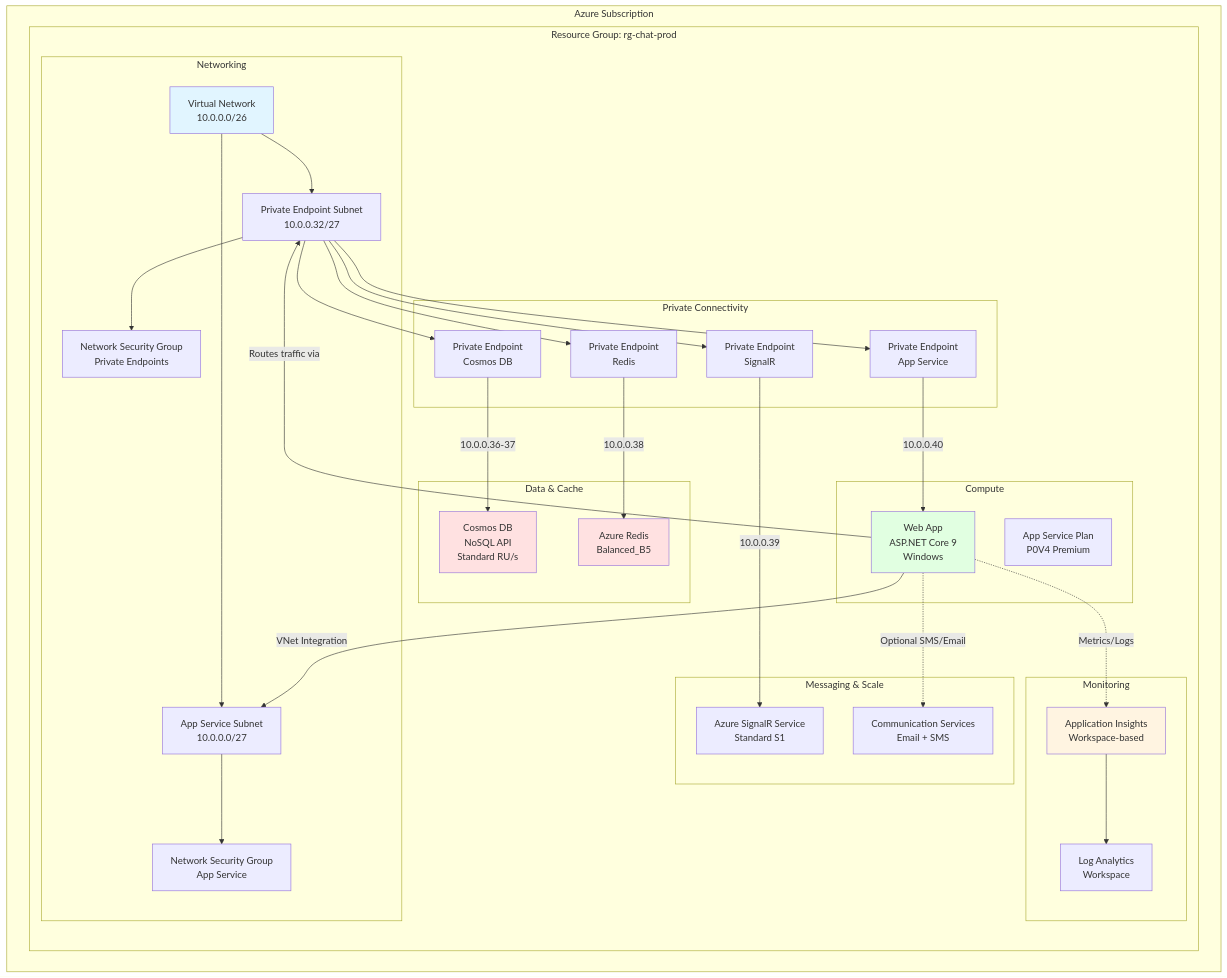
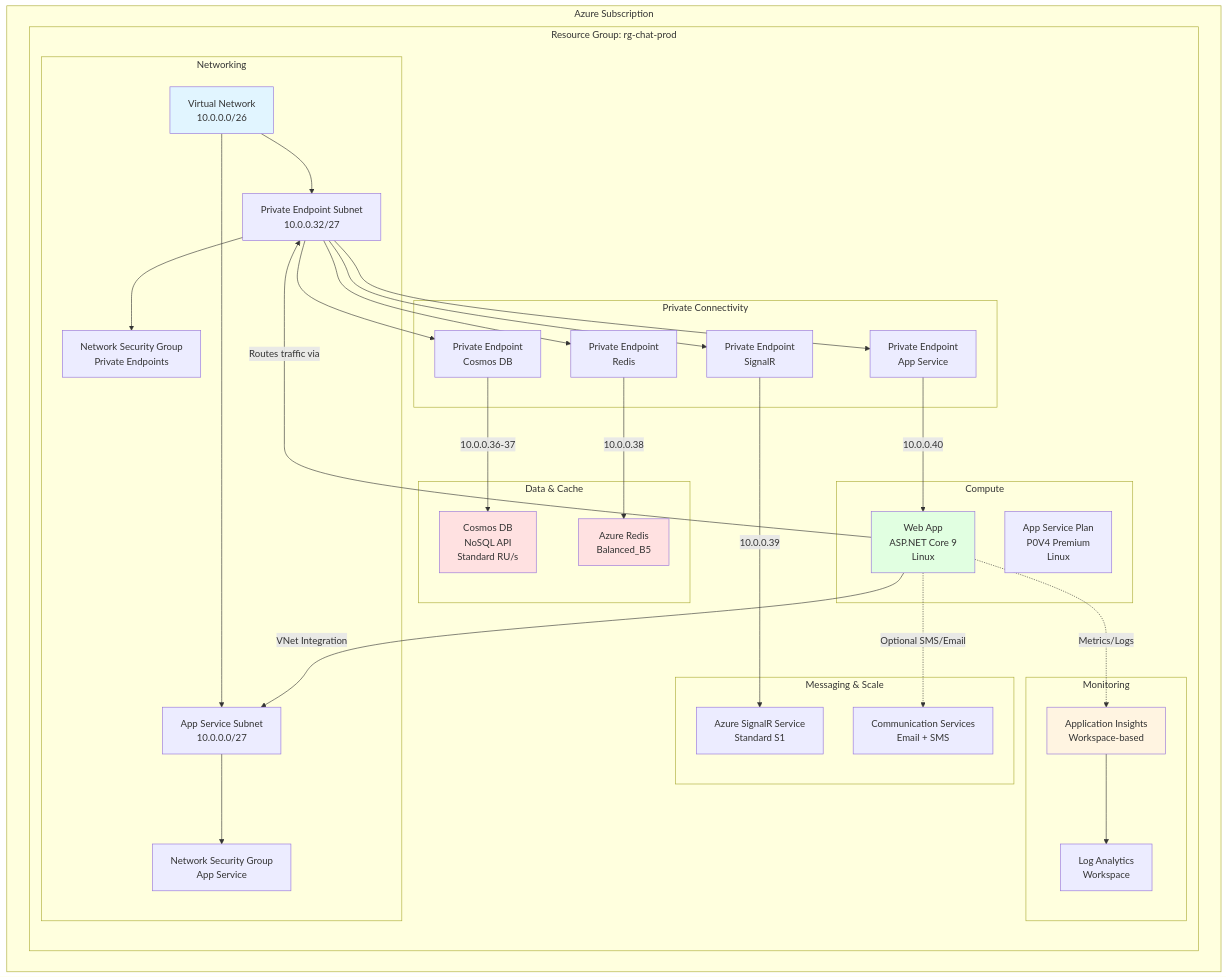
One commit to smereczynski/SignalR-Chat changed the fourth of 5 diagrams in docs/architecture/overview.md. Above: the diagram before and after it, drawn with Mermaid. The commit also changed other lines of this file and 4 other files, not shown here.

First line of the commit message:
docs: update documentation to reflect Linux App Service migration

````diff
--- a/docs/architecture/overview.md
+++ b/docs/architecture/overview.md
@@ -177,69 +177,69 @@
 ```mermaid
 graph TB
     subgraph "Azure Subscription"
         subgraph "Resource Group: rg-chat-prod"
             subgraph "Networking"
                 VNet[Virtual Network<br/>10.0.0.0/26]
                 AppSubnet[App Service Subnet<br/>10.0.0.0/27]
                 PESubnet[Private Endpoint Subnet<br/>10.0.0.32/27]
                 NSG1[Network Security Group<br/>App Service]
                 NSG2[Network Security Group<br/>Private Endpoints]
             end
             
             subgraph "Compute"
-                AppPlan[App Service Plan<br/>P0V4 Premium]
-                WebApp[Web App<br/>ASP.NET Core 9<br/>Windows]
+                AppPlan[App Service Plan<br/>P0V4 Premium<br/>Linux]
+                WebApp[Web App<br/>ASP.NET Core 9<br/>Linux]
             end
             
             subgraph "Data & Cache"
                 Cosmos[Cosmos DB<br/>NoSQL API<br/>Standard RU/s]
                 RedisCache[Azure Redis<br/>Balanced_B5]
             end
             
             subgraph "Messaging & Scale"
                 SignalR[Azure SignalR Service<br/>Standard S1]
                 CommSvc[Communication Services<br/>Email + SMS]
             end
             
             subgraph "Monitoring"
                 LogAnalytics[Log Analytics<br/>Workspace]
                 AppInsights[Application Insights<br/>Workspace-based]
             end
             
             subgraph "Private Connectivity"
                 PE_Cosmos[Private Endpoint<br/>Cosmos DB]
                 PE_Redis[Private Endpoint<br/>Redis]
                 PE_SignalR[Private Endpoint<br/>SignalR]
                 PE_App[Private Endpoint<br/>App Service]
             end
         end
     end
     
     VNet --> AppSubnet
     VNet --> PESubnet
     AppSubnet --> NSG1
     PESubnet --> NSG2
     
     WebApp -->|VNet Integration| AppSubnet
     WebApp -->|Routes traffic via| PESubnet
     
     PE_Cosmos -->|10.0.0.36-37| Cosmos
     PE_Redis -->|10.0.0.38| RedisCache
     PE_SignalR -->|10.0.0.39| SignalR
     PE_App -->|10.0.0.40| WebApp
     
     PESubnet --> PE_Cosmos
     PESubnet --> PE_Redis
     PESubnet --> PE_SignalR
     PESubnet --> PE_App
     
     WebApp -.->|Metrics/Logs| AppInsights
     AppInsights --> LogAnalytics
     WebApp -.->|Optional SMS/Email| CommSvc
     
     style VNet fill:#e1f5ff
     style Cosmos fill:#ffe1e1
     style RedisCache fill:#ffe1e1
     style WebApp fill:#e1ffe1
     style AppInsights fill:#fff4e1
 ```
````
